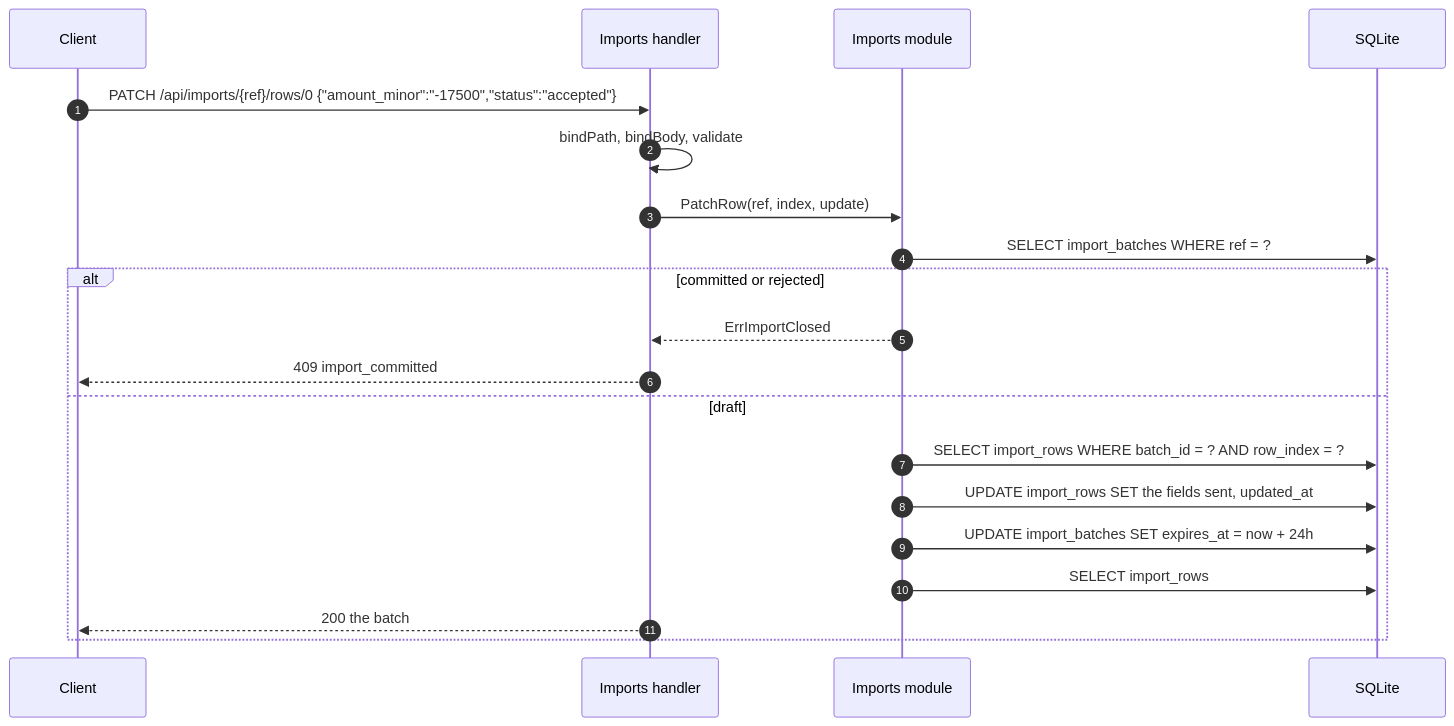
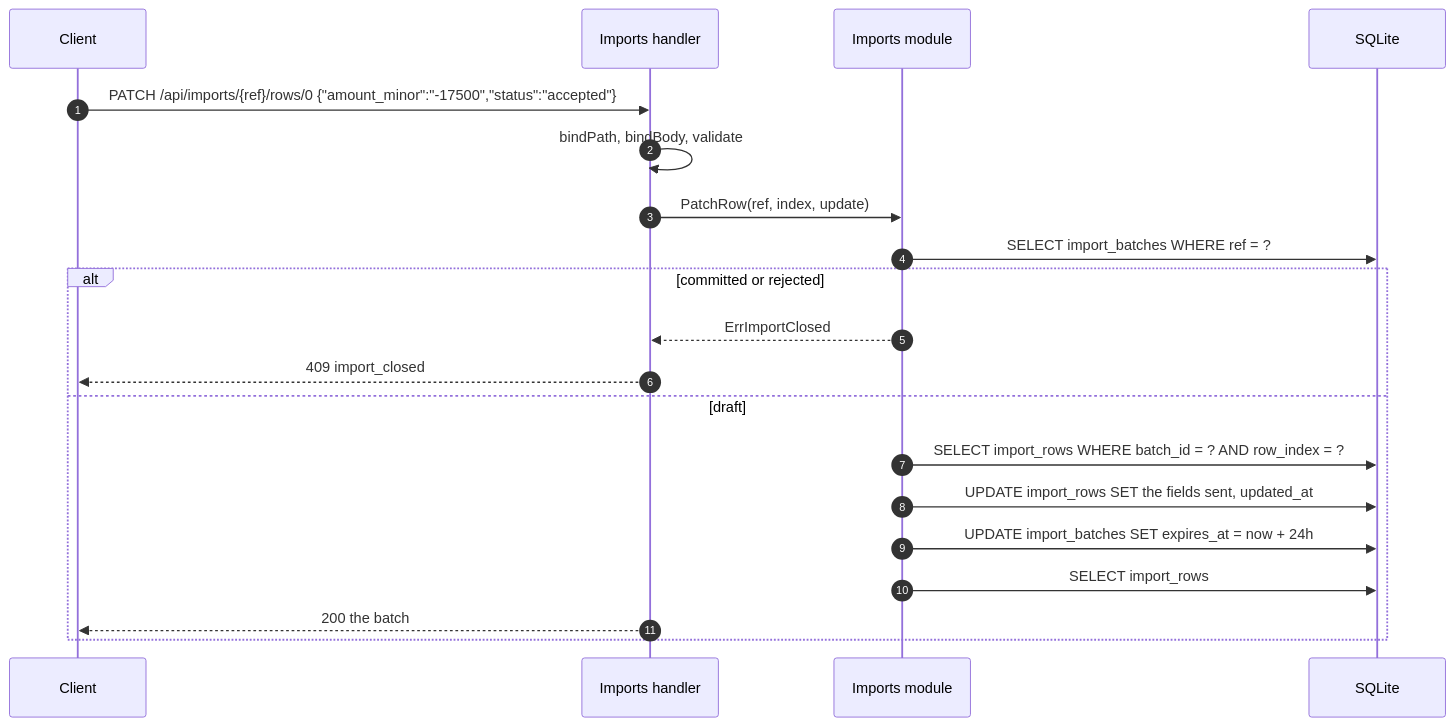
Before and after one commit to dimasbaguspm/spenicle: the diagram in docs/endpoints/PATCH_api_imports_rows.md, drawn with Mermaid. The commit also changed other lines of this file and 47 other files, not shown here.

````diff
--- a/docs/endpoints/PATCH_api_imports_rows.md
+++ b/docs/endpoints/PATCH_api_imports_rows.md
@@ -53,22 +53,22 @@
 ```mermaid
 sequenceDiagram
     autonumber
     participant C as Client
     participant H as Imports handler
     participant M as Imports module
     participant DB as SQLite
     C->>H: PATCH /api/imports/{ref}/rows/0 {"amount_minor":"-17500","status":"accepted"}
     H->>H: bindPath, bindBody, validate
     H->>M: PatchRow(ref, index, update)
     M->>DB: SELECT import_batches WHERE ref = ?
     alt committed or rejected
         M-->>H: ErrImportClosed
-        H-->>C: 409 import_committed
+        H-->>C: 409 import_closed
     else draft
         M->>DB: SELECT import_rows WHERE batch_id = ? AND row_index = ?
         M->>DB: UPDATE import_rows SET the fields sent, updated_at
         M->>DB: UPDATE import_batches SET expires_at = now + 24h
         M->>DB: SELECT import_rows
         H-->>C: 200 the batch
     end
 ```
````
